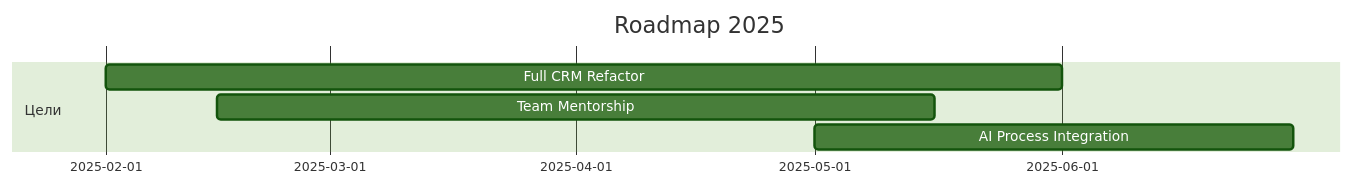
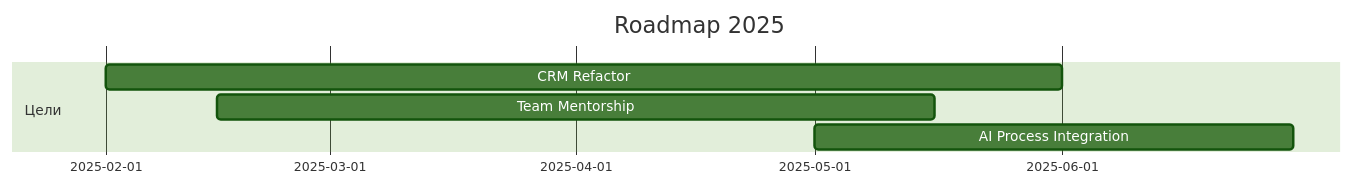
One commit to liperri/performance-review changed the fourth of 4 diagrams in README.md. Above: the diagram before and after it, drawn with Mermaid (forest theme). The commit also changed other lines of this file, not shown here.

Commit message:
Refactor table and update roadmap entry

````diff
--- a/README.md
+++ b/README.md
@@ -87,9 +87,9 @@
 ```mermaid
 gantt
     dateFormat  YYYY-MM-DD
     title Roadmap 2025
     section Цели
-    Full CRM Refactor :a1, 2025-02-01, 120d
+    CRM Refactor :a1, 2025-02-01, 120d
     Team Mentorship :a2, 2025-02-15, 90d
     AI Process Integration :a3, 2025-05-01, 60d
 ```
````
